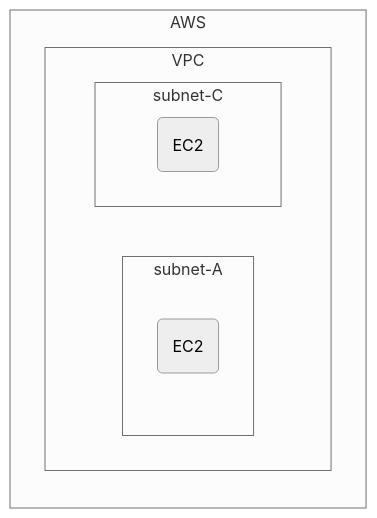
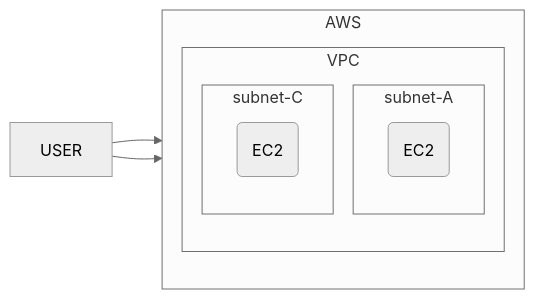
The diagram in last_homework/README.md (lahuman/t101), drawn with Mermaid (neutral theme) before and after one commit. The commit also changed other lines of this file, not shown here.

Commit message:
전체 구조 추가

````diff
--- a/last_homework/README.md
+++ b/last_homework/README.md
@@ -6,14 +6,15 @@
-<div class="mermaid">
+```mermaid
 flowchart LR;
   subgraph AWS;
     direction TB;
     subgraph VPC;
       subgraph subnet-A;
         A(EC2);
       end
       subgraph subnet-C;
         B(EC2);
       end
     end
   end
-</div>
+C[USER] --> A & B
+```
````
